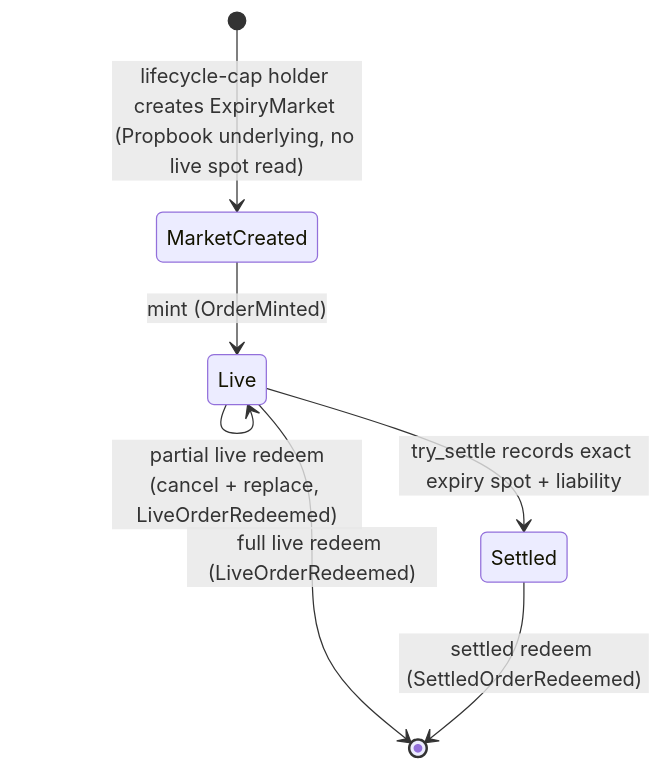
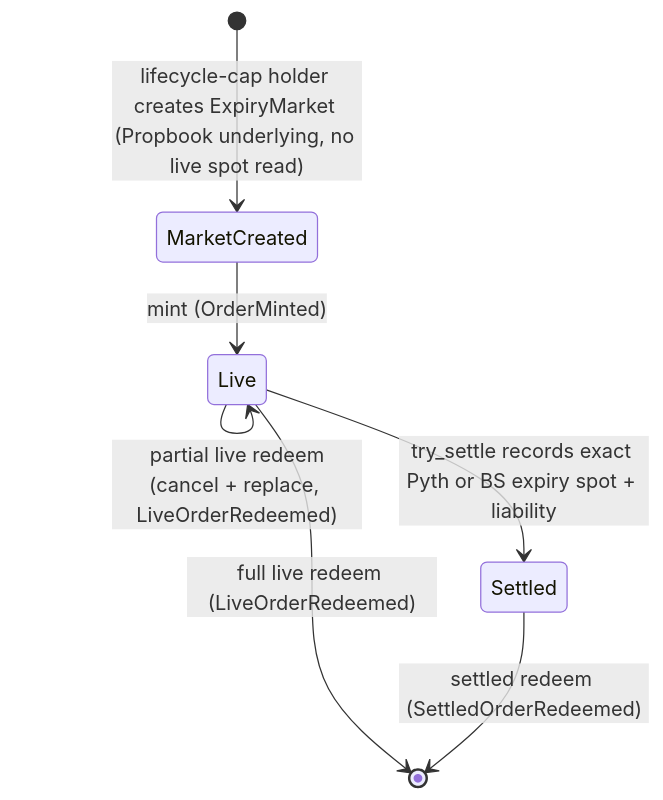
One commit to MystenLabs/deepbookv3 changed the diagram in packages/predict/docs/overview.md. Above: the diagram before and after it, drawn with Mermaid. The commit also changed other lines of this file and 22 other files, not shown here.

````diff
--- a/packages/predict/docs/overview.md
+++ b/packages/predict/docs/overview.md
@@ -46,9 +46,9 @@
 ```mermaid
 stateDiagram-v2
   [*] --> MarketCreated: lifecycle-cap holder creates ExpiryMarket (Propbook underlying, no live spot read)
   MarketCreated --> Live: mint (OrderMinted)
   Live --> Live: partial live redeem<br/>(cancel + replace, LiveOrderRedeemed)
   Live --> [*]: full live redeem (LiveOrderRedeemed)
-  Live --> Settled: try_settle records exact expiry spot + liability
+  Live --> Settled: try_settle records exact Pyth or BS expiry spot + liability
   Settled --> [*]: settled redeem (SettledOrderRedeemed)
 ```
````
